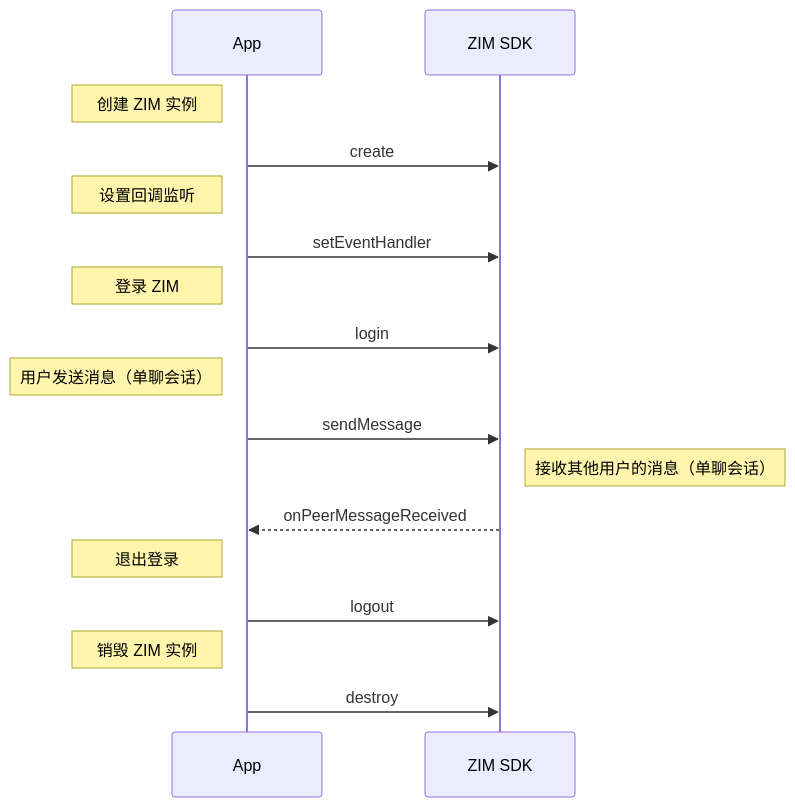
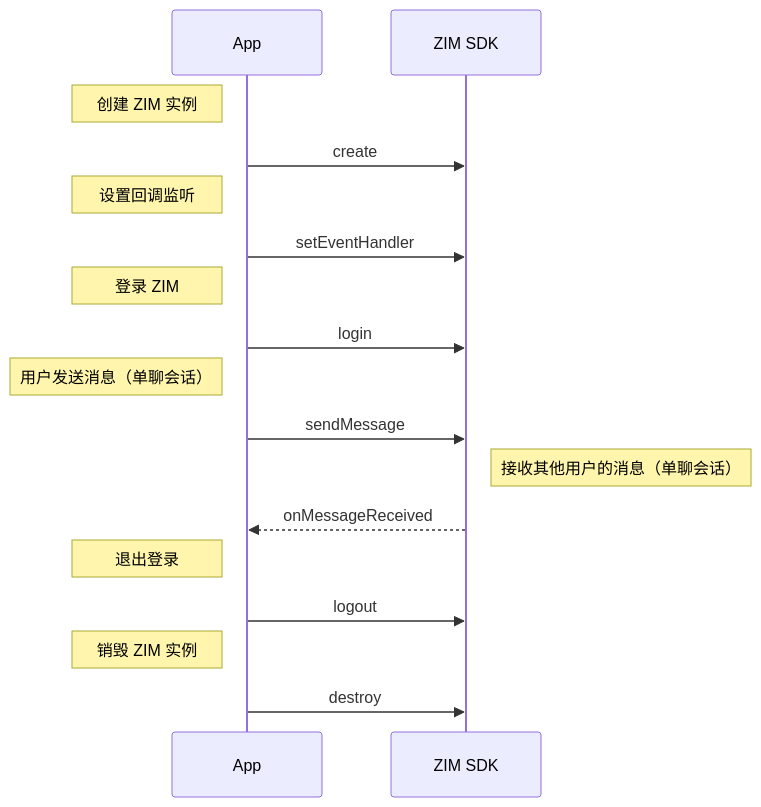
The diagram in core_products/zim/zh/snippets/MessageSequenceDiagramCommonzh.mdx (ZEGOCLOUD/docs_all), drawn with Mermaid before and after one commit. The commit also changed 1 other file, not shown here.

Commit message:
ZIM: Fix Android Send and receive messages doc issues
- Fix sequence diagram callback name: onPeerMessageReceived -> onMessageReceived
- Add variable declaration note before create code block
- Fix private field access: result.messageList -> result.getMessageList()
- Replace placeholder conversationID xxxx with userB
- Add ZIMError code note after login code block
- Move onMessageReceived reference to step 3 (fix section attribution)
- Add conversationType enum explanation in comments
- Update prerequisite versions: SDK 25->31, Build-Tools 25.0.2->30.0.3
- Add Warning for two-device e2e testing requirement
- Add auth method comparison link in prerequisite section

````diff
--- a/core_products/zim/zh/snippets/MessageSequenceDiagramCommonzh.mdx
+++ b/core_products/zim/zh/snippets/MessageSequenceDiagramCommonzh.mdx
@@ -1,20 +1,20 @@
 ```mermaid
 sequenceDiagram
     participant App
     participant ZIM_SDK as ZIM SDK
 
     Note left of App: 创建 ZIM 实例 
     App ->> ZIM_SDK: create
     Note left of App: 设置回调监听
     App ->> ZIM_SDK: setEventHandler
     Note left of App: 登录 ZIM
     App ->> ZIM_SDK: login
     Note left of App: 用户发送消息（单聊会话）
     App ->> ZIM_SDK: sendMessage
     Note right of ZIM_SDK: 接收其他用户的消息（单聊会话）
-    ZIM_SDK -->> App: onPeerMessageReceived
+    ZIM_SDK -->> App: onMessageReceived
     Note left of App: 退出登录
     App ->> ZIM_SDK: logout
     Note left of App: 销毁 ZIM 实例
     App ->> ZIM_SDK: destroy
 ```
````
